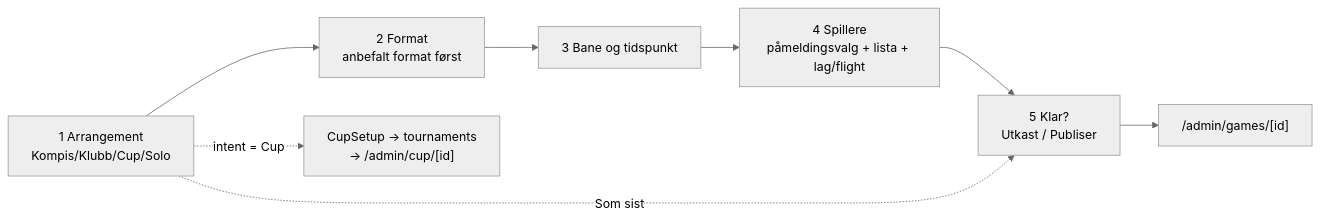
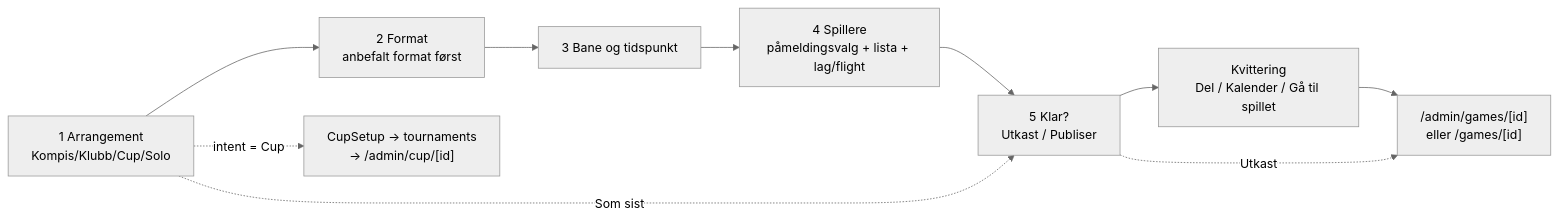
The fifth of 6 diagrams in docs/user-flows.md (jdlarssen/golf-app), drawn with Mermaid (neutral theme) before and after one commit. The commit also changed other lines of this file and 2 other files, not shown here.

Commit message:
docs(flows): the receipt between «Publiser» and the planned game
Flow 4 (future) gets the box «✓ Kvittering: del, kalender» between «Publiser
& inviter» and «Spillet er «Planlagt»»; A1 in user-flows.md gets the step in
the diagram and a table row.

Refs #2458

````diff
--- a/docs/user-flows.md
+++ b/docs/user-flows.md
@@ -231,10 +231,12 @@
 ```mermaid
 flowchart LR
   S1["1 Arrangement<br/>Kompis/Klubb/Cup/Solo"] --> S2["2 Format<br/>anbefalt format først"]
   S2 --> S3["3 Bane og tidspunkt"]
   S3 --> S4["4 Spillere<br/>påmeldingsvalg + lista + lag/flight"]
   S4 --> S5["5 Klar?<br/>Utkast / Publiser"]
-  S5 --> G["/admin/games/[id]"]
+  S5 --> R["Kvittering<br/>Del / Kalender / Gå til spillet"]
+  R --> G["/admin/games/[id]<br/>eller /games/[id]"]
+  S5 -. "Utkast" .-> G
   S1 -. "intent = Cup" .-> CUP["CupSetup → tournaments<br/>→ /admin/cup/[id]"]
   S1 -. "Som sist" .-> S5
 ```
````
